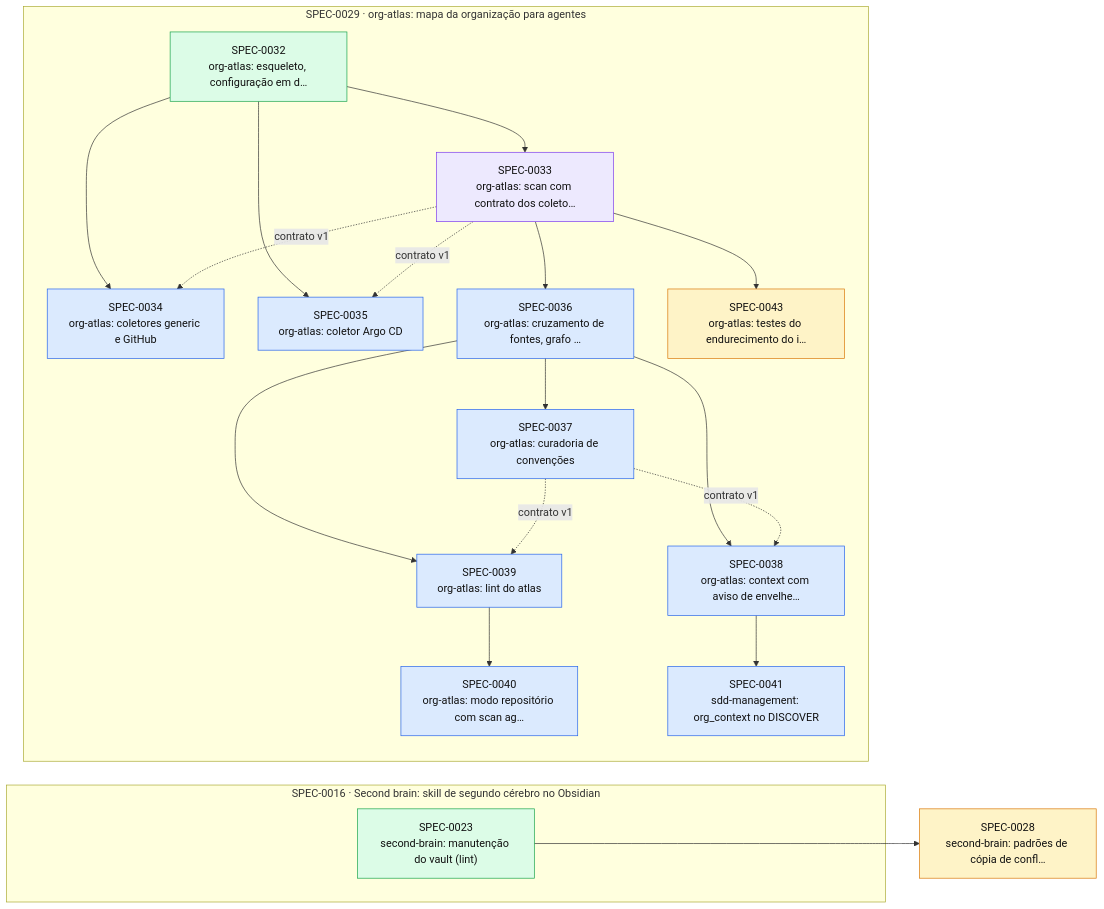
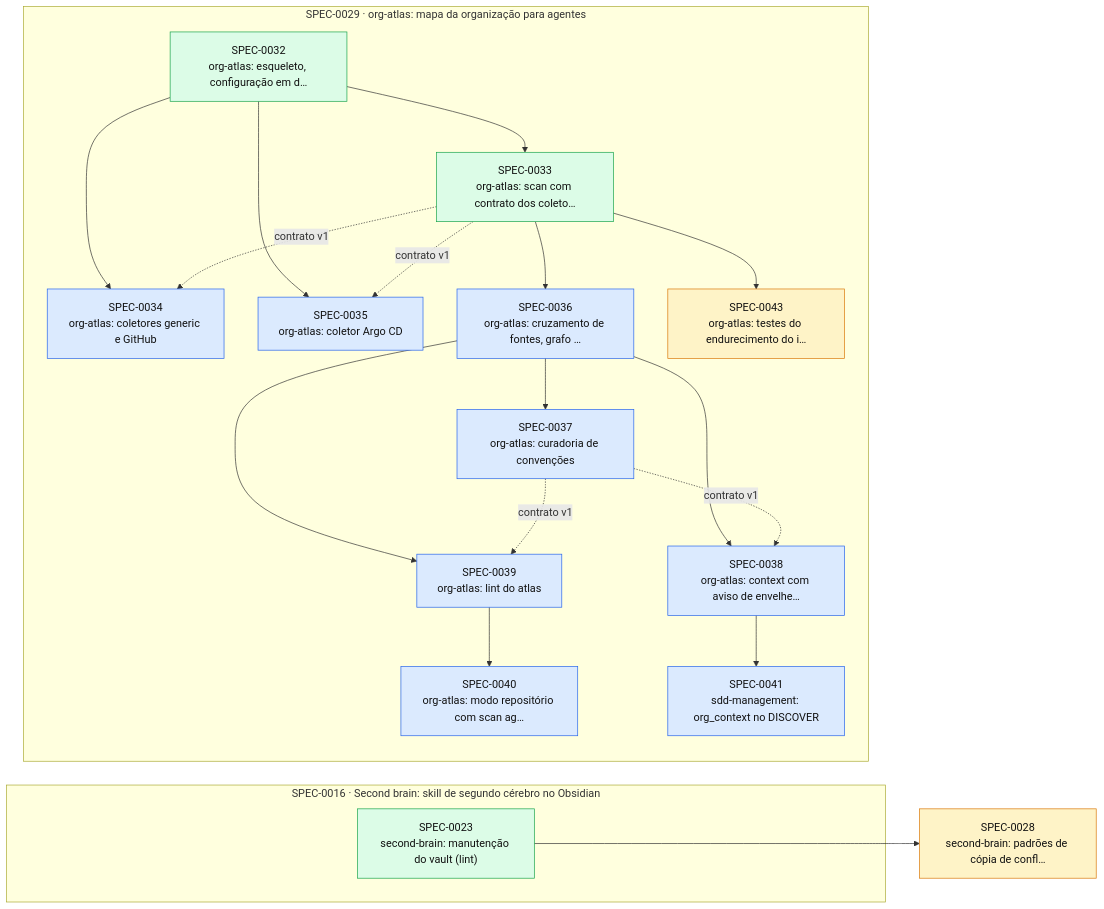
Before and after one commit to thomasravache/ai-dev-brain: the diagram in docs/specs/INDEX.md, drawn with Mermaid. The commit also changed other lines of this file and 1 other file, not shown here.

First line of the commit message:
docs(specs): G7 e fechamento da SPEC-0033

````diff
--- a/docs/specs/INDEX.md
+++ b/docs/specs/INDEX.md
@@ -58,40 +57,40 @@
 ```mermaid
 flowchart LR
   S0028["SPEC-0028<br/>second-brain: padrões de cópia de confl…"]:::proposed
   subgraph E0016["SPEC-0016 · Second brain: skill de segundo cérebro no Obsidian"]
     S0023["SPEC-0023<br/>second-brain: manutenção do vault (lint)"]:::implemented
   end
   subgraph E0029["SPEC-0029 · org-atlas: mapa da organização para agentes"]
     S0032["SPEC-0032<br/>org-atlas: esqueleto, configuração em d…"]:::implemented
-    S0033["SPEC-0033<br/>org-atlas: scan com contrato dos coleto…"]:::inprogress
+    S0033["SPEC-0033<br/>org-atlas: scan com contrato dos coleto…"]:::implemented
     S0034["SPEC-0034<br/>org-atlas: coletores generic e GitHub"]:::approved
     S0035["SPEC-0035<br/>org-atlas: coletor Argo CD"]:::approved
     S0036["SPEC-0036<br/>org-atlas: cruzamento de fontes, grafo …"]:::approved
     S0037["SPEC-0037<br/>org-atlas: curadoria de convenções"]:::approved
     S0038["SPEC-0038<br/>org-atlas: context com aviso de envelhe…"]:::approved
     S0039["SPEC-0039<br/>org-atlas: lint do atlas"]:::approved
     S0040["SPEC-0040<br/>org-atlas: modo repositório com scan ag…"]:::approved
     S0041["SPEC-0041<br/>sdd-management: org_context no DISCOVER"]:::approved
     S0043["SPEC-0043<br/>org-atlas: testes do endurecimento do i…"]:::proposed
   end
   S0023 --> S0028
   S0032 --> S0033
   S0032 --> S0034
   S0033 -. contrato v1 .-> S0034
   S0032 --> S0035
   S0033 -. contrato v1 .-> S0035
   S0033 --> S0036
   S0036 --> S0037
   S0036 --> S0038
   S0037 -. contrato v1 .-> S0038
   S0036 --> S0039
   S0037 -. contrato v1 .-> S0039
   S0039 --> S0040
   S0038 --> S0041
   S0033 --> S0043
   classDef proposed fill:#fef3c7,stroke:#d97706,color:#111
   classDef approved fill:#dbeafe,stroke:#2563eb,color:#111
   classDef inprogress fill:#ede9fe,stroke:#7c3aed,color:#111
   classDef implemented fill:#dcfce7,stroke:#16a34a,color:#111
   classDef deprecated fill:#f3f4f6,stroke:#9ca3af,color:#6b7280
 ```
````
